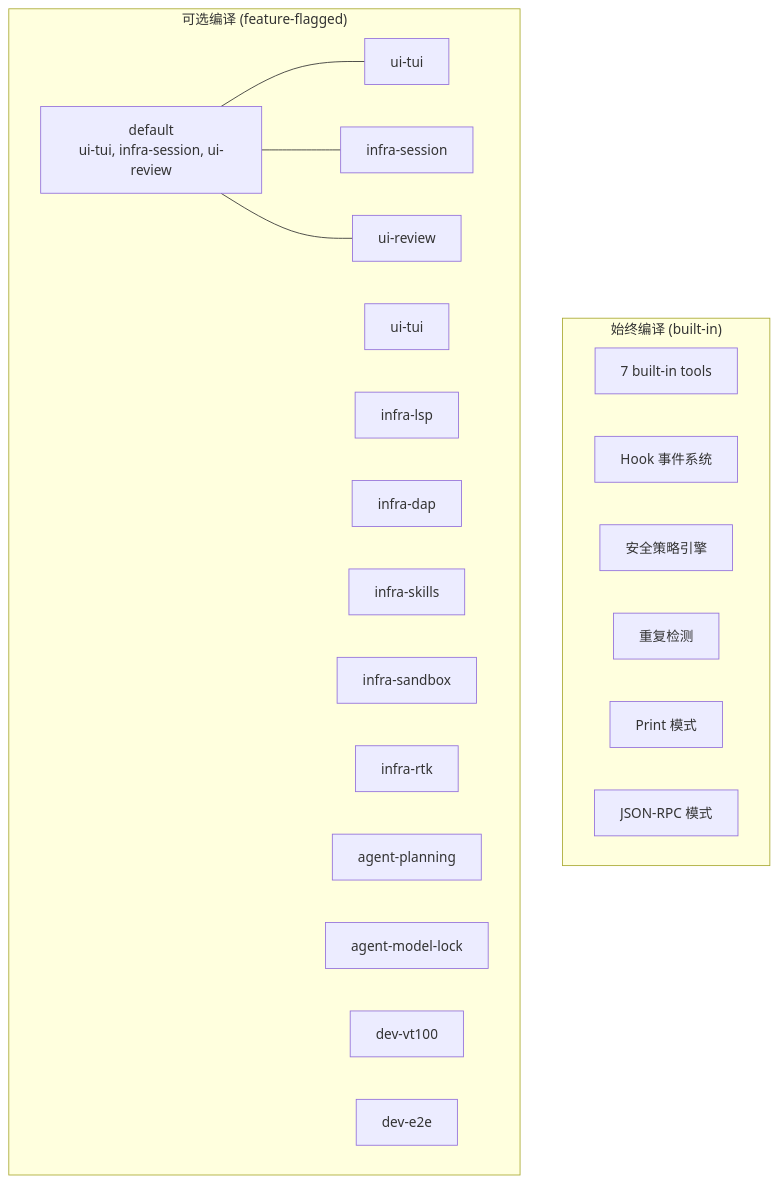
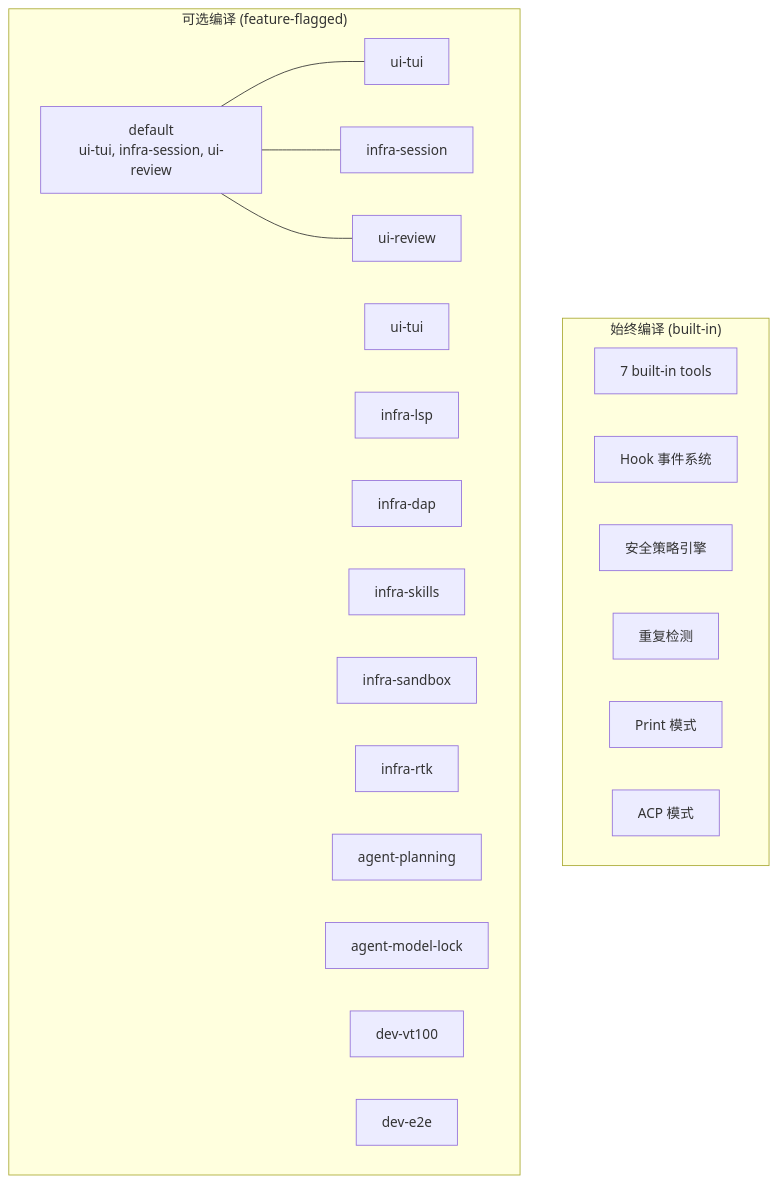
The second of 2 diagrams in llmanspec/changes/c05-init-skeleton/design.md (StrayDragon/xylitol), drawn with Mermaid before and after one commit. The commit also changed other lines of this file and 20 other files, not shown here.

````diff
--- a/llmanspec/changes/c05-init-skeleton/design.md
+++ b/llmanspec/changes/c05-init-skeleton/design.md
@@ -91,31 +91,31 @@
 ```mermaid
 graph TB
     subgraph "始终编译 (built-in)"
         TOOLS["7 built-in tools"]
         HOOKS["Hook 事件系统"]
         SEC["安全策略引擎"]
         REPEAT["重复检测"]
         PRINT["Print 模式"]
-        RPC["JSON-RPC 模式"]
+        ACP["ACP 模式"]
     end
 
     subgraph "可选编译 (feature-flagged)"
         direction LR
         DEFAULT["default<br/>ui-tui, infra-session, ui-review"]
 
         DEFAULT --- TUI["ui-tui"]
         DEFAULT --- SES["infra-session"]
         DEFAULT --- REV["ui-review"]
 
         TUI2["ui-tui"]
         LSP["infra-lsp"]
         DAP["infra-dap"]
         SKI["infra-skills"]
         SANDBOX["infra-sandbox"]
         RTK["infra-rtk"]
         PLAN["agent-planning"]
         LOCK["agent-model-lock"]
         VT100["dev-vt100"]
         E2E["dev-e2e"]
     end
 ```
````
